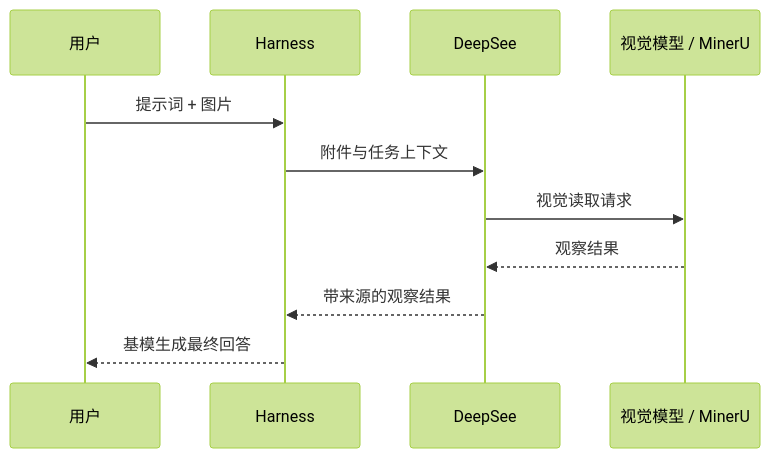
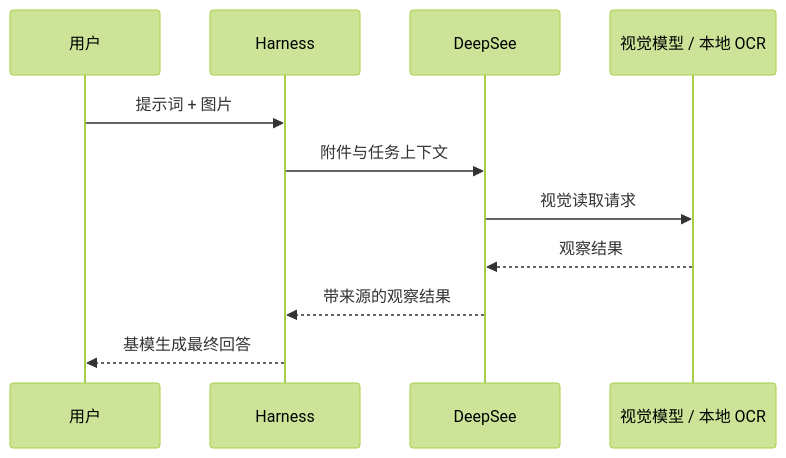
One commit to WUBING2023/deepsee changed the second of 2 diagrams in docs/ARCHITECTURE.zh-CN.md. Above: the diagram before and after it, drawn with Mermaid (forest theme). The commit also changed other lines of this file and 36 other files, not shown here.

````diff
--- a/docs/ARCHITECTURE.zh-CN.md
+++ b/docs/ARCHITECTURE.zh-CN.md
@@ -46,14 +47,14 @@
 ```mermaid
 sequenceDiagram
     participant User as 用户
     participant Harness
     participant DeepSee
-    participant Reader as 视觉模型 / MinerU
+    participant Reader as 视觉模型 / 本地 OCR
 
     User->>Harness: 提示词 + 图片
     Harness->>DeepSee: 附件与任务上下文
     DeepSee->>Reader: 视觉读取请求
     Reader-->>DeepSee: 观察结果
     DeepSee-->>Harness: 带来源的观察结果
     Harness-->>User: 基模生成最终回答
 ```
````
